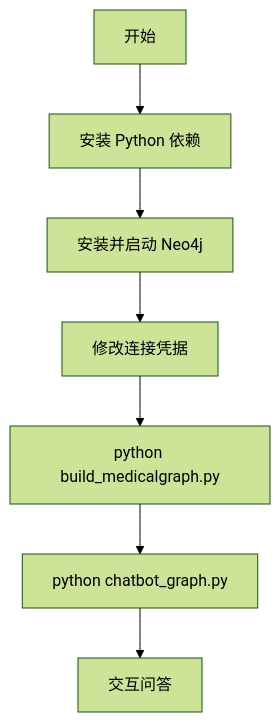
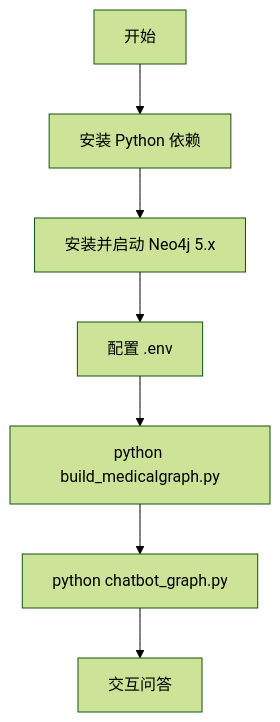
One commit to 17801020645/QASystemOnMedicalKG changed the diagram in doc/启动项目.md. Above: the diagram before and after it, drawn with Mermaid (forest theme). The commit also changed other lines of this file and 13 other files, not shown here.

````diff
--- a/doc/启动项目.md
+++ b/doc/启动项目.md
@@ -11,9 +11,9 @@
 ```mermaid
 flowchart TD
     start[开始] --> env[安装 Python 依赖]
-    env --> neo4j[安装并启动 Neo4j]
-    neo4j --> config[修改连接凭据]
+    env --> neo4j[安装并启动 Neo4j 5.x]
+    neo4j --> config[配置 .env]
     config --> import[python build_medicalgraph.py]
     import --> chat[python chatbot_graph.py]
     chat --> done[交互问答]
 ```
````
